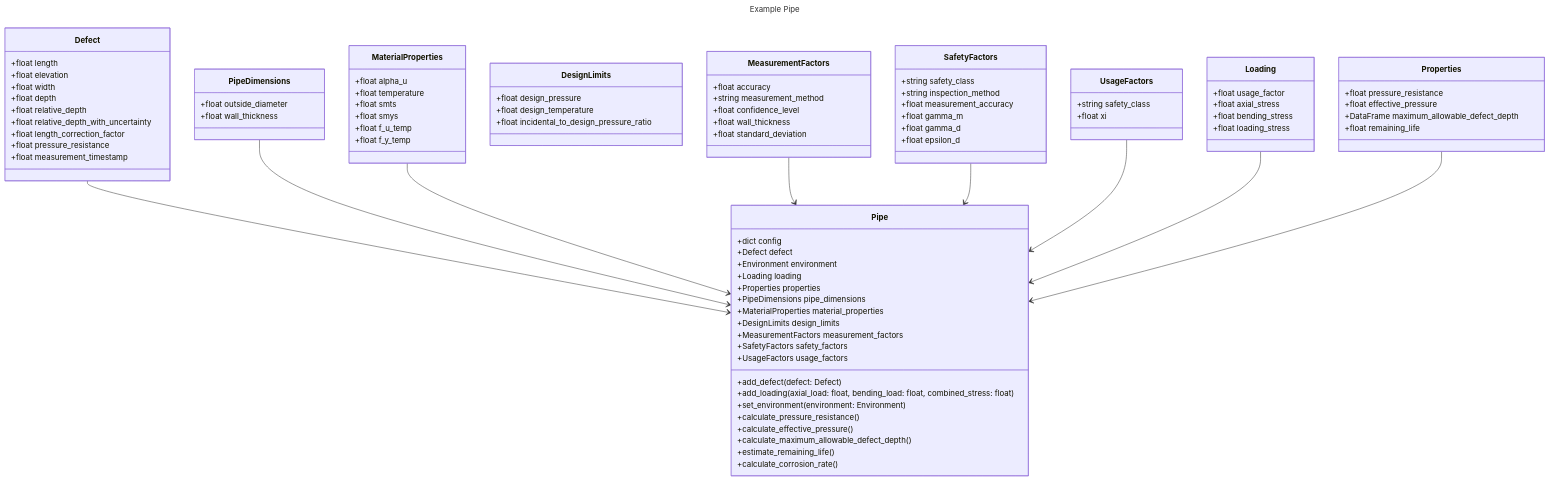
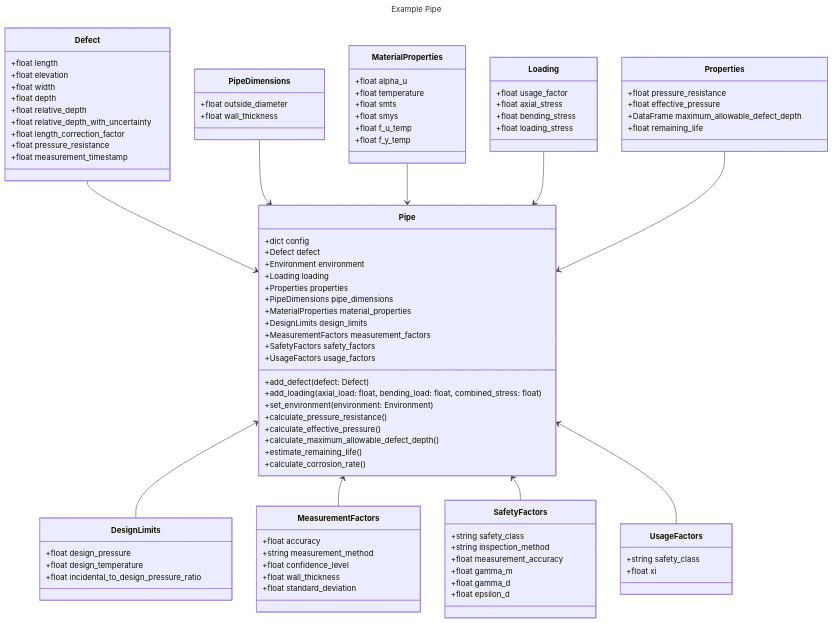
The second of 2 diagrams in README.md (nicholaslimck/corrosion-analyser), drawn with Mermaid before and after one commit. The commit also changed 2 other files, not shown here.

Commit message:
Improve readability of mermaid class chart Fix defect details for example A.3 Rename Remaining Life Assessment to Corrosion Assessment

```diff
--- a/README.md
+++ b/README.md
@@ -143,6 +143,7 @@
         +float design_temperature
         +float incidental_to_design_pressure_ratio
     }
+    Pipe <-- DesignLimits
     class MeasurementFactors{
         +float accuracy
         +string measurement_method
@@ -150,7 +151,7 @@
         +float wall_thickness
         +float standard_deviation
     }
-    MeasurementFactors --> Pipe
+    Pipe <-- MeasurementFactors
     class SafetyFactors{
         +string safety_class
         +string inspection_method
@@ -159,12 +160,12 @@
         +float gamma_d
         +float epsilon_d
     }
-    SafetyFactors --> Pipe
+    Pipe <-- SafetyFactors
     class UsageFactors{
         +string safety_class
         +float xi
     }
-    UsageFactors --> Pipe
+    Pipe <-- UsageFactors
     class Loading{
         +float usage_factor
         +float axial_stress
```
